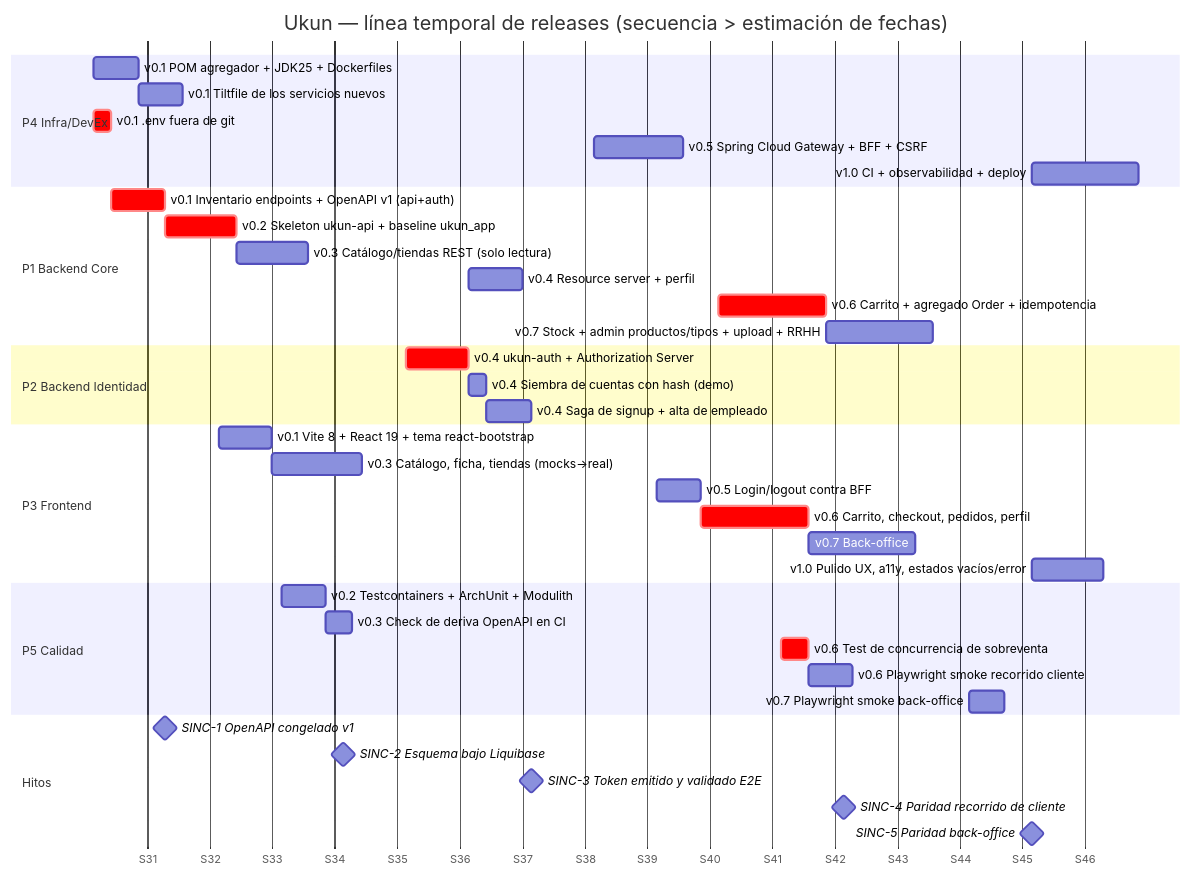
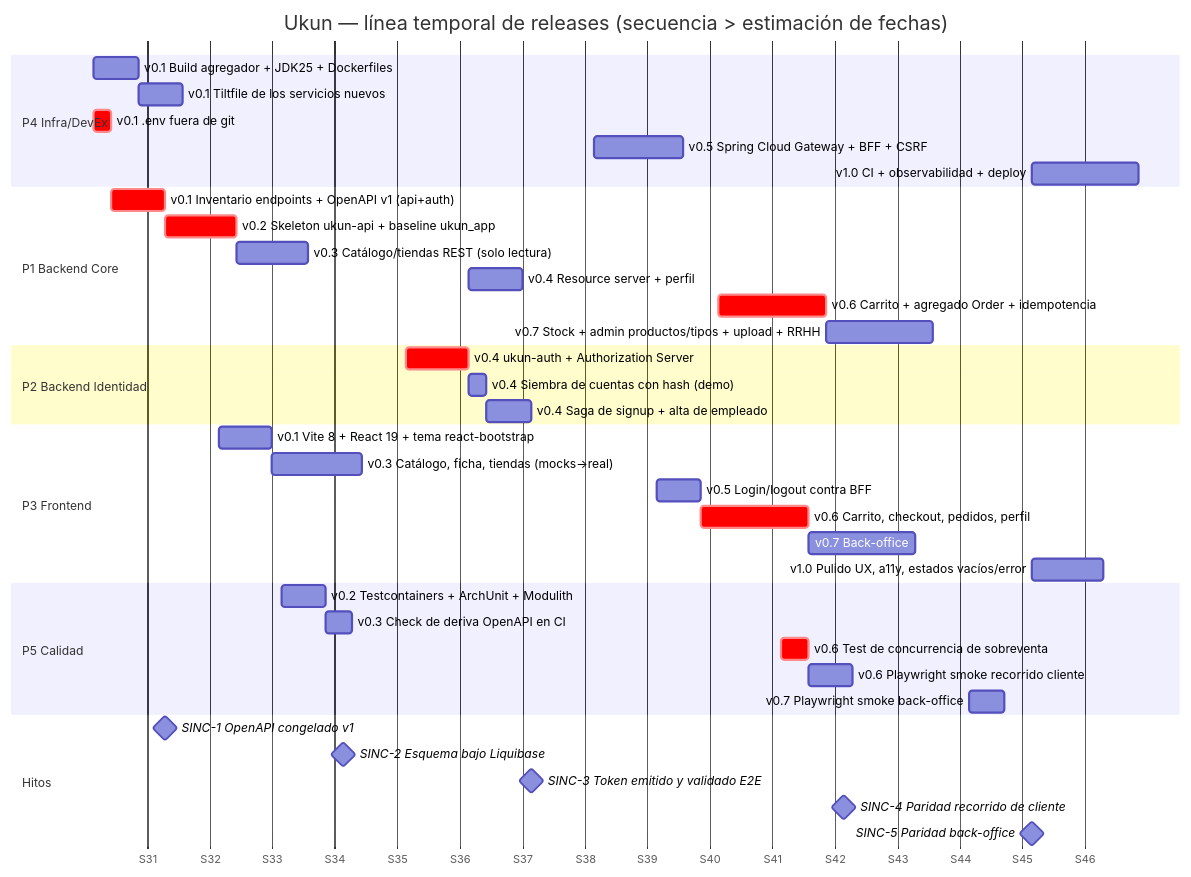
Before and after one commit to sandoretti/ukun: the second of 2 diagrams in docs/04-roadmap.md, drawn with Mermaid. The commit also changed other lines of this file and 63 other files, not shown here.

````diff
--- a/docs/04-roadmap.md
+++ b/docs/04-roadmap.md
@@ -92,48 +92,48 @@
 ```mermaid
 gantt
     title Ukun — línea temporal de releases (secuencia > estimación de fechas)
     dateFormat  YYYY-MM-DD
     axisFormat  S%W
 
     section P4 Infra/DevEx
-    v0.1 POM agregador + JDK25 + Dockerfiles     :i1, 2026-08-03, 5d
+    v0.1 Build agregador + JDK25 + Dockerfiles   :i1, 2026-08-03, 5d
     v0.1 Tiltfile de los servicios nuevos        :i2, after i1, 5d
     v0.1 .env fuera de git                       :crit, i3, 2026-08-03, 2d
     v0.5 Spring Cloud Gateway + BFF + CSRF       :i4, 2026-09-28, 10d
     v1.0 CI + observabilidad + deploy            :i6, 2026-11-16, 12d
 
     section P1 Backend Core
     v0.1 Inventario endpoints + OpenAPI v1 (api+auth) :crit, b0, 2026-08-05, 6d
     v0.2 Skeleton ukun-api + baseline ukun_app    :crit, b1, after b0, 8d
     v0.3 Catálogo/tiendas REST (solo lectura)     :b3, after b1, 8d
     v0.4 Resource server + perfil                 :b4, 2026-09-14, 6d
     v0.6 Carrito + agregado Order + idempotencia  :crit, b5, 2026-10-12, 12d
     v0.7 Stock + admin productos/tipos + upload + RRHH :b6, after b5, 12d
 
     section P2 Backend Identidad
     v0.4 ukun-auth + Authorization Server         :crit, a1, 2026-09-07, 7d
     v0.4 Siembra de cuentas con hash (demo)       :a2, after a1, 2d
     v0.4 Saga de signup + alta de empleado        :a3, after a2, 5d
 
     section P3 Frontend
     v0.1 Vite 8 + React 19 + tema react-bootstrap :f0, 2026-08-17, 6d
     v0.3 Catálogo, ficha, tiendas (mocks->real)   :f1, after f0, 10d
     v0.5 Login/logout contra BFF                  :f2, 2026-10-05, 5d
     v0.6 Carrito, checkout, pedidos, perfil       :crit, f3, after f2, 12d
     v0.7 Back-office: stock + admin               :f4, after f3, 12d
     v1.0 Pulido UX, a11y, estados vacíos/error    :f5, 2026-11-16, 8d
 
     section P5 Calidad
     v0.2 Testcontainers + ArchUnit + Modulith     :q1, 2026-08-24, 5d
     v0.3 Check de deriva OpenAPI en CI            :q2, after q1, 3d
     v0.6 Test de concurrencia de sobreventa       :crit, q3, 2026-10-19, 3d
     v0.6 Playwright smoke recorrido cliente       :q4, after q3, 5d
     v0.7 Playwright smoke back-office             :q5, 2026-11-09, 4d
 
     section Hitos
     SINC-1 OpenAPI congelado v1                   :milestone, m1, 2026-08-11, 0d
     SINC-2 Esquema bajo Liquibase                 :milestone, m2, 2026-08-31, 0d
     SINC-3 Token emitido y validado E2E           :milestone, m3, 2026-09-21, 0d
     SINC-4 Paridad recorrido de cliente           :milestone, m4, 2026-10-26, 0d
     SINC-5 Paridad back-office                    :milestone, m5, 2026-11-16, 0d
 ```
````
